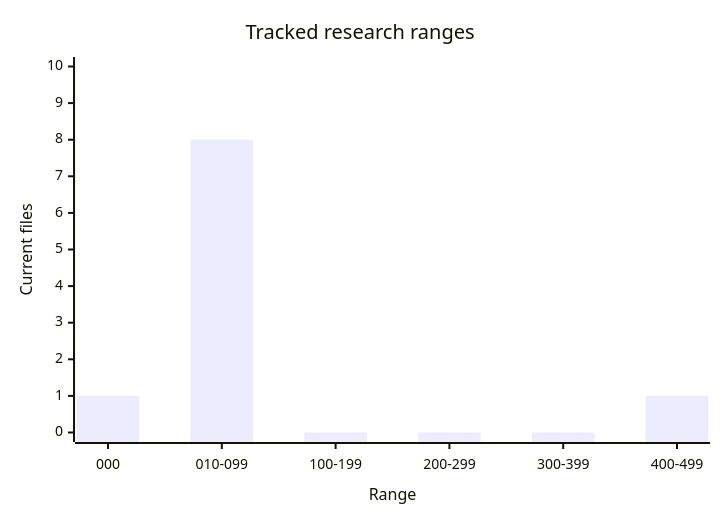
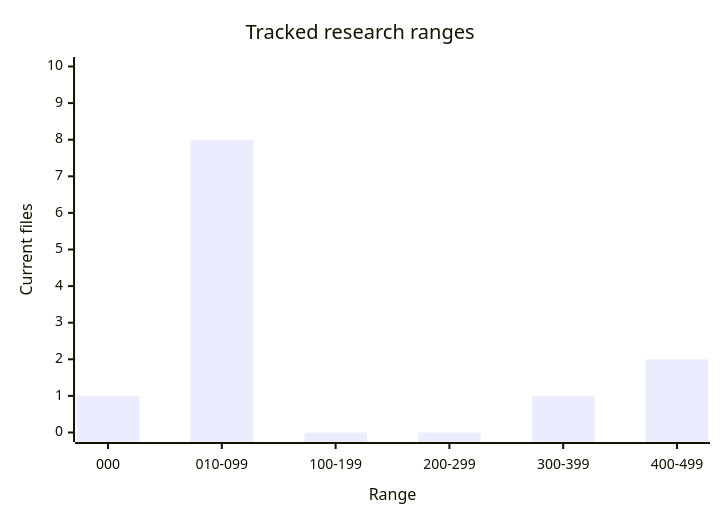
One commit to tryskian/scorey changed the second of 2 diagrams in docs/research/000_LEGEND.md. Above: the diagram before and after it, drawn with Mermaid. The commit also changed other lines of this file and 25 other files, not shown here.

````diff
--- a/docs/research/000_LEGEND.md
+++ b/docs/research/000_LEGEND.md
@@ -55,7 +59,7 @@
 ```mermaid
 xychart-beta
   title "Tracked research ranges"
   x-axis "Range" ["000", "010-099", "100-199", "200-299", "300-399", "400-499"]
   y-axis "Current files" 0 --> 10
-  bar "Files" [1, 8, 0, 0, 0, 1]
+  bar "Files" [1, 8, 0, 0, 1, 2]
 ```
````
